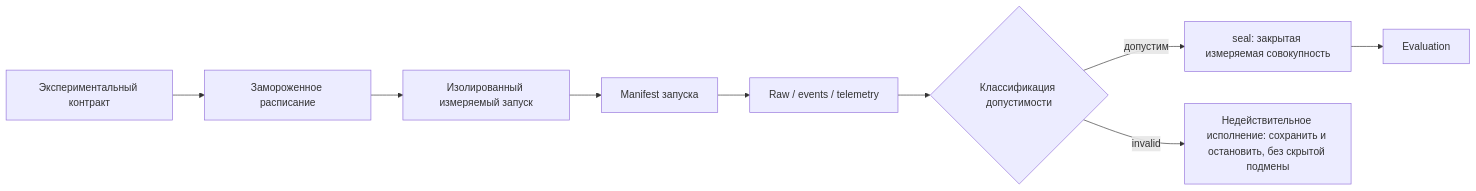
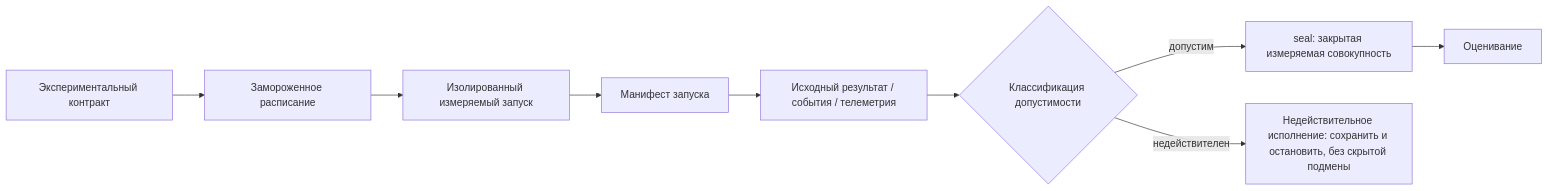
Before and after one commit to Vkuvalin/project-kb: the second of 2 diagrams in docs/BENCHMARK.md, drawn with Mermaid. The commit also changed other lines of this file and 6 other files, not shown here.

````diff
--- a/docs/BENCHMARK.md
+++ b/docs/BENCHMARK.md
@@ -123,11 +123,11 @@
 ```mermaid
 flowchart LR
     C["Экспериментальный контракт"] --> S["Замороженное расписание"]
     S --> R["Изолированный измеряемый запуск"]
-    R --> M["Manifest запуска"]
-    M --> A["Raw / events / telemetry"]
+    R --> M["Манифест запуска"]
+    M --> A["Исходный результат / события / телеметрия"]
     A --> E{"Классификация допустимости"}
     E -->|"допустим"| Z["seal: закрытая измеряемая совокупность"]
-    E -->|"invalid"| I["Недействительное исполнение: сохранить и остановить, без скрытой подмены"]
-    Z --> V["Evaluation"]
+    E -->|"недействителен"| I["Недействительное исполнение: сохранить и остановить, без скрытой подмены"]
+    Z --> V["Оценивание"]
 ```
````
